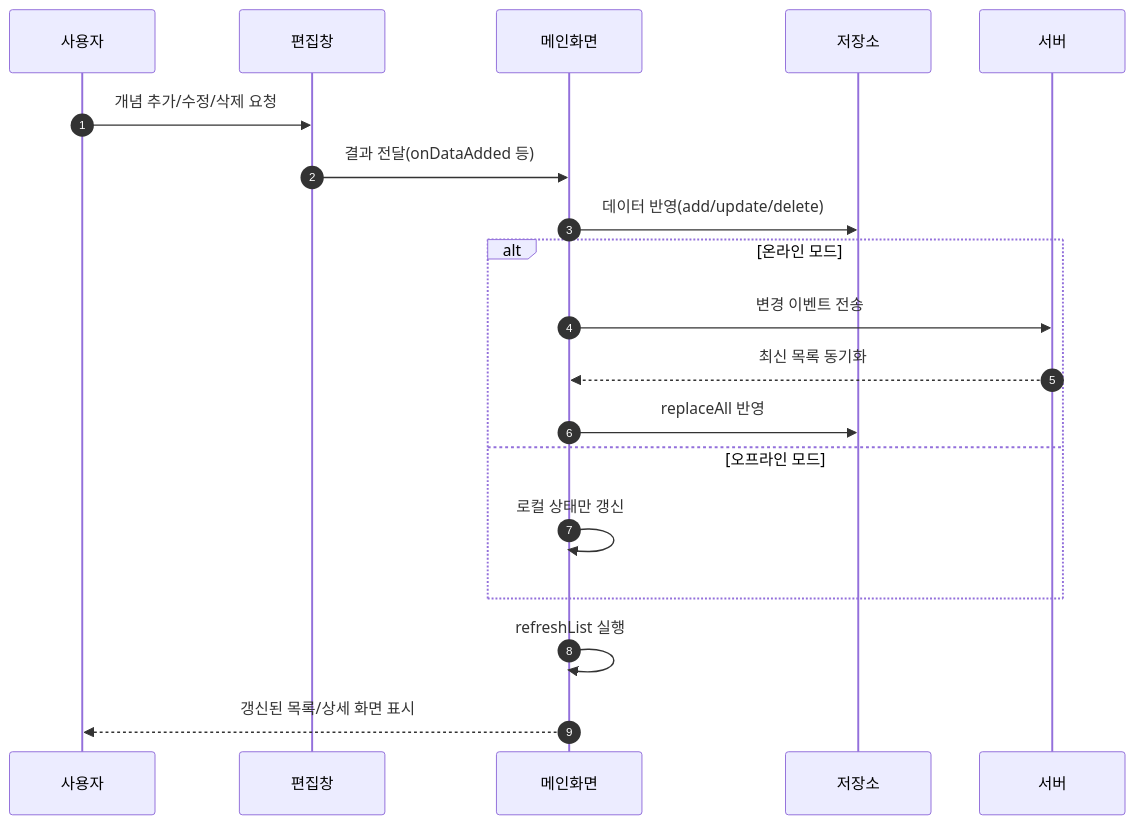
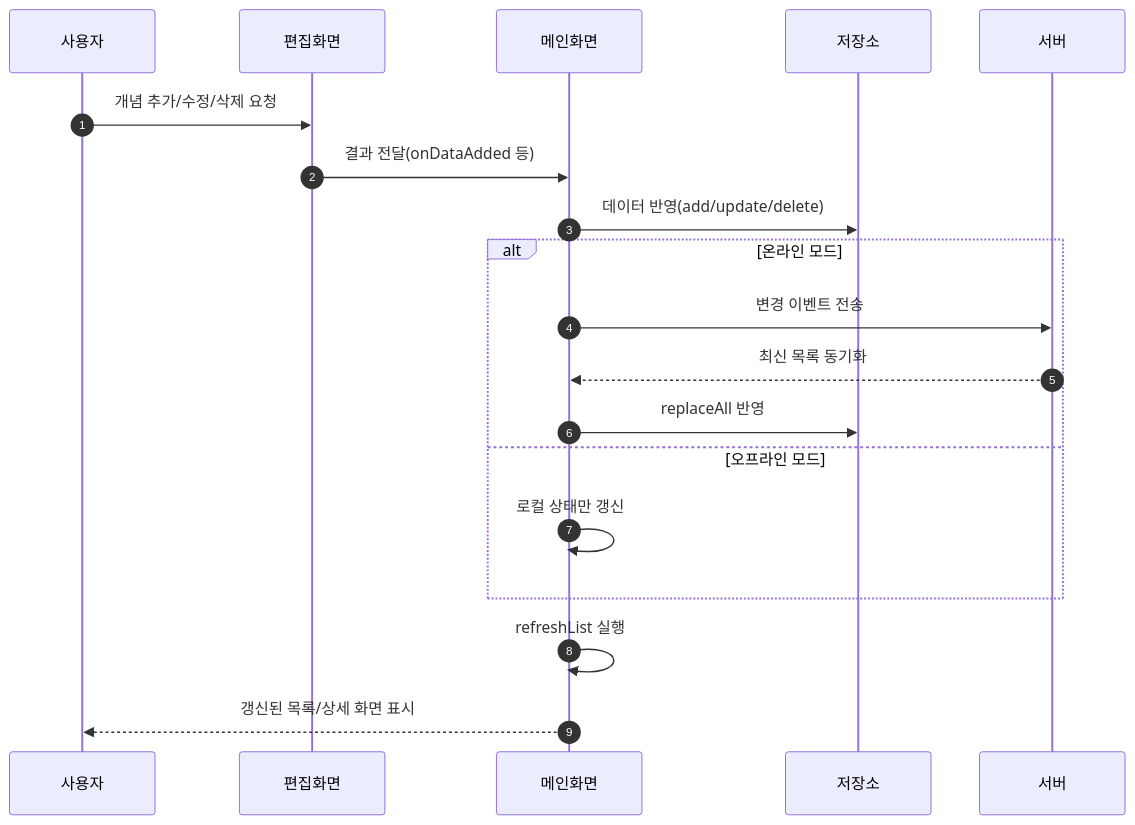
Before and after one commit to jegalhb/JAVA_WIKI_ONLINE: the tenth of 10 diagrams in src/Reproject/README.md, drawn with Mermaid. The commit also changed other lines of this file, not shown here.

````diff
--- a/src/Reproject/README.md
+++ b/src/Reproject/README.md
@@ -319,24 +303,24 @@
 ```mermaid
 sequenceDiagram
     autonumber
     participant 사용자
-    participant 편집창
+    participant 편집화면
     participant 메인화면
     participant 저장소
     participant 서버
 
-    사용자->>편집창: 개념 추가/수정/삭제 요청
-    편집창->>메인화면: 결과 전달(onDataAdded 등)
+    사용자->>편집화면: 개념 추가/수정/삭제 요청
+    편집화면->>메인화면: 결과 전달(onDataAdded 등)
     메인화면->>저장소: 데이터 반영(add/update/delete)
 
     alt 온라인 모드
         메인화면->>서버: 변경 이벤트 전송
         서버-->>메인화면: 최신 목록 동기화
         메인화면->>저장소: replaceAll 반영
     else 오프라인 모드
         메인화면->>메인화면: 로컬 상태만 갱신
     end
 
     메인화면->>메인화면: refreshList 실행
     메인화면-->>사용자: 갱신된 목록/상세 화면 표시
 ```
````
